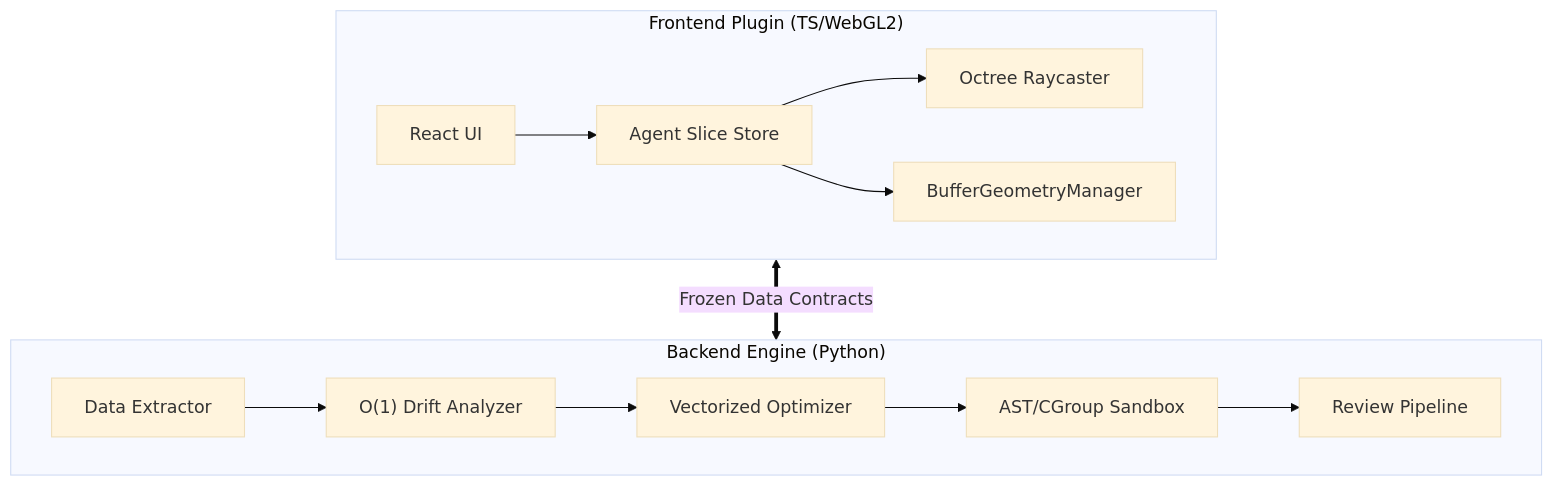
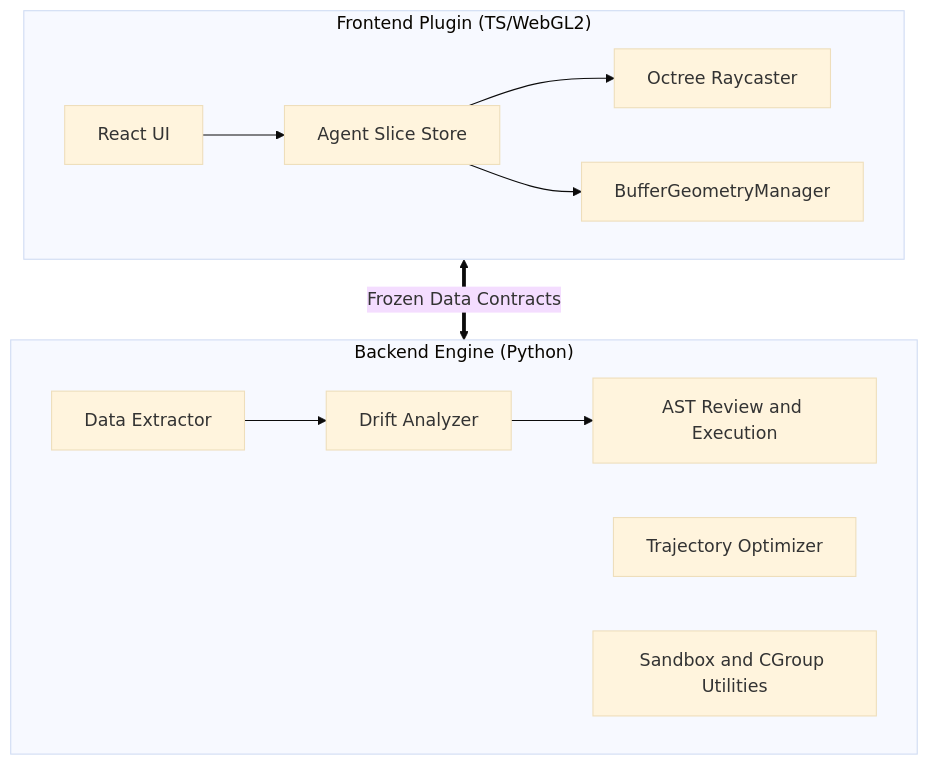
One commit to hnuDeng/Alignment_Engine changed the diagram in README.md. Above: the diagram before and after it, drawn with Mermaid (base theme). The commit also changed other lines of this file and 3 other files, not shown here.

````diff
--- a/README.md
+++ b/README.md
@@ -41,17 +40,17 @@
 ```mermaid
 graph TD
     subgraph Frontend ["Frontend Plugin (TS/WebGL2)"]
         UI[React UI] --> Redux[Agent Slice Store]
         Redux --> Raycaster[Octree Raycaster]
         Redux --> WebGL[BufferGeometryManager]
     end
 
     subgraph Backend ["Backend Engine (Python)"]
-        Extractor[Data Extractor] --> Analyzer["O(1) Drift Analyzer"]
-        Analyzer --> Trajectory[Vectorized Optimizer]
-        Trajectory --> Security["AST/CGroup Sandbox"]
-        Security --> Reviewer[Review Pipeline]
+        Extractor[Data Extractor] --> Analyzer["Drift Analyzer"]
+        Analyzer --> Reviewer["AST Review and Execution"]
+        Trajectory[Trajectory Optimizer]
+        Security[Sandbox and CGroup Utilities]
     end
     
     Frontend <==>|Frozen Data Contracts| Backend
 ```
````
